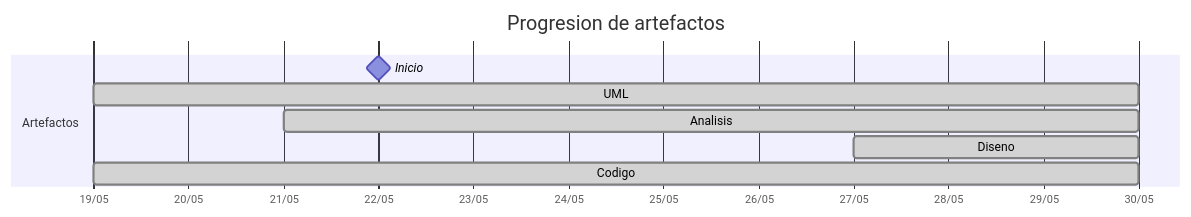
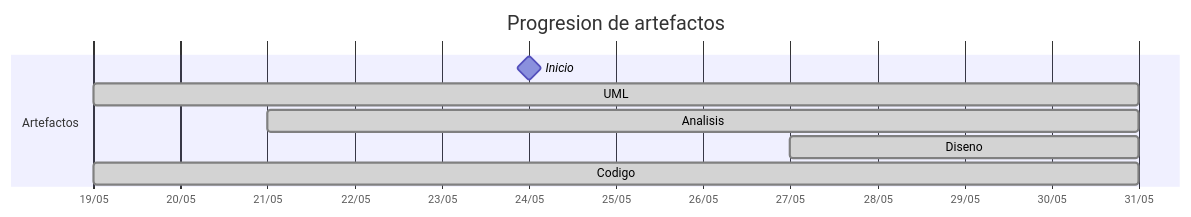
One commit to carlos-alvarado-25/25-26-idsw2-sdVC changed the diagram in TIMELINES/martinlopez7.md. Above: the diagram before and after it, drawn with Mermaid. The commit also changed other lines of this file and 10 other files, not shown here.

````diff
--- a/TIMELINES/martinlopez7.md
+++ b/TIMELINES/martinlopez7.md
@@ -22,12 +22,12 @@
 ```mermaid
 gantt
     title Progresion de artefactos
     dateFormat YYYY-MM-DD
     axisFormat %d/%m
     section Artefactos
-        Inicio       :milestone, 2026-05-22, 0d
-        UML          :done, 2026-05-19, 2026-05-30
-        Analisis     :done, 2026-05-21, 2026-05-30
-        Diseno       :done, 2026-05-27, 2026-05-30
-        Codigo       :done, 2026-05-19, 2026-05-30
+        Inicio       :milestone, 2026-05-24, 0d
+        UML          :done, 2026-05-19, 2026-05-31
+        Analisis     :done, 2026-05-21, 2026-05-31
+        Diseno       :done, 2026-05-27, 2026-05-31
+        Codigo       :done, 2026-05-19, 2026-05-31
 ```
````
